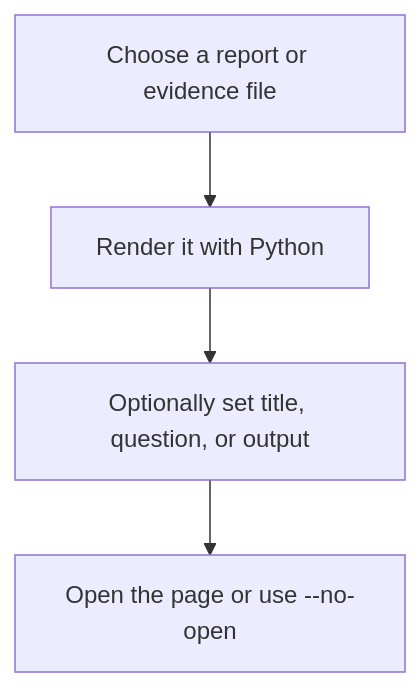
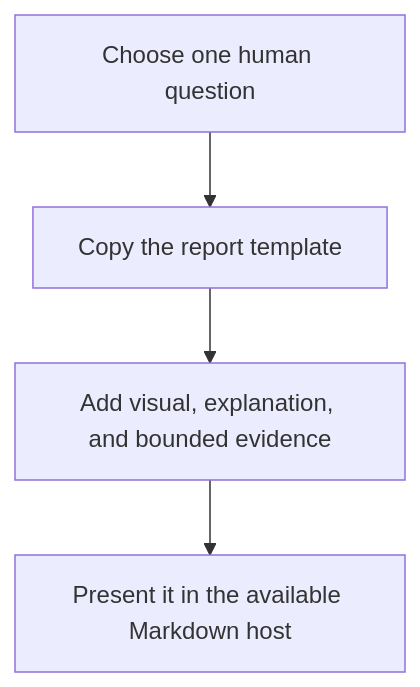
Before and after one commit to starodubtsevconsulting/ai-commands: the ninth of 11 diagrams in show-context/show-context.command.md, drawn with Mermaid. The commit also changed other lines of this file and 4 other files, not shown here.

````diff
--- a/show-context/show-context.command.md
+++ b/show-context/show-context.command.md
@@ -159,7 +227,7 @@
 ```mermaid
 flowchart TD
-  Source["Choose a report or evidence file"]
-  Source --> Render["Render it with Python"]
-  Render --> Optional["Optionally set title, question, or output"]
-  Optional --> Output["Open the page or use --no-open"]
+  Question["Choose one human question"]
+  Question --> Template["Copy the report template"]
+  Template --> Evidence["Add visual, explanation, and bounded evidence"]
+  Evidence --> Host["Present it in the available Markdown host"]
 ```
````
